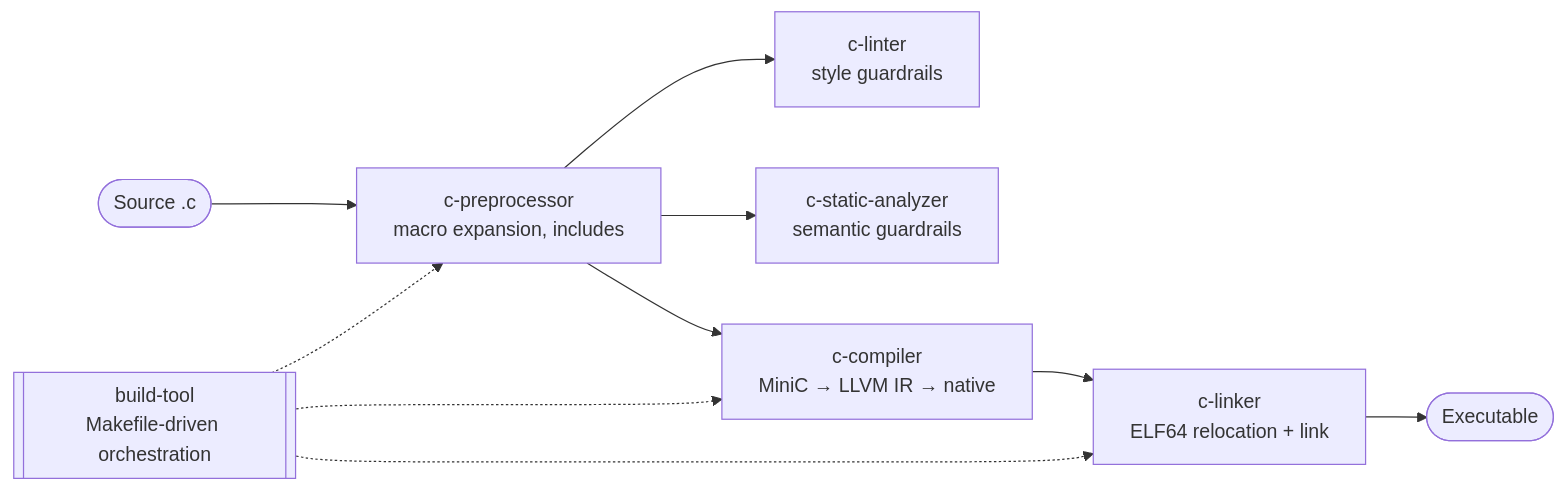
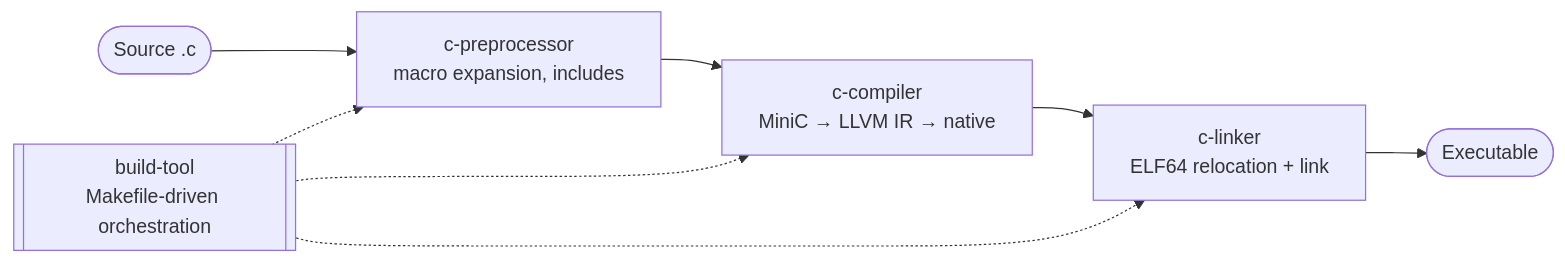
One commit to czhao-dev/llvm-c-compiler-toolchain changed the diagram in README.md. Above: the diagram before and after it, drawn with Mermaid. The commit also changed other lines of this file and 2 other files, not shown here.

````diff
--- a/README.md
+++ b/README.md
@@ -25,13 +22,11 @@
 ```mermaid
 flowchart LR
     SRC(["Source .c"]) --> PP["c-preprocessor<br/>macro expansion, includes"]
-    PP --> LINT["c-linter<br/>style guardrails"]
-    PP --> SA["c-static-analyzer<br/>semantic guardrails"]
     PP --> CC["c-compiler<br/>MiniC → LLVM IR → native"]
     CC --> LK["c-linker<br/>ELF64 relocation + link"]
     LK --> EXE(["Executable"])
 
     BT[["build-tool<br/>Makefile-driven orchestration"]] -.-> PP
     BT -.-> CC
     BT -.-> LK
 ```
````
